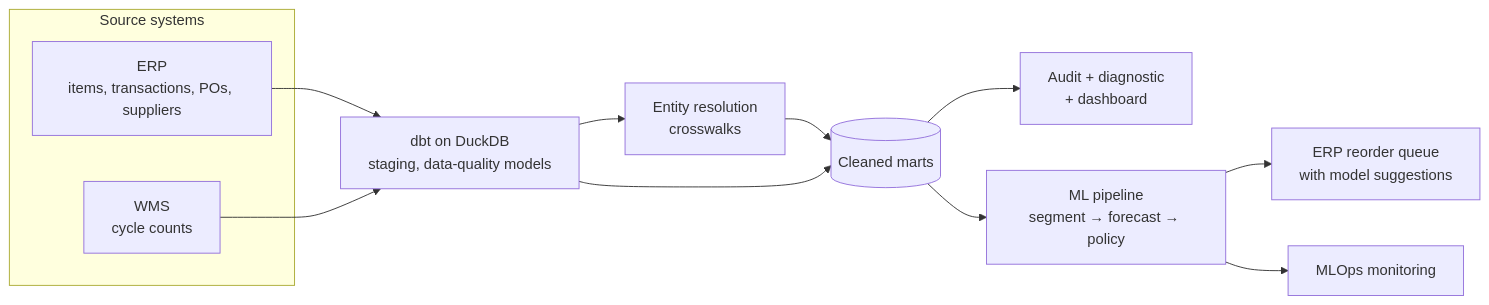
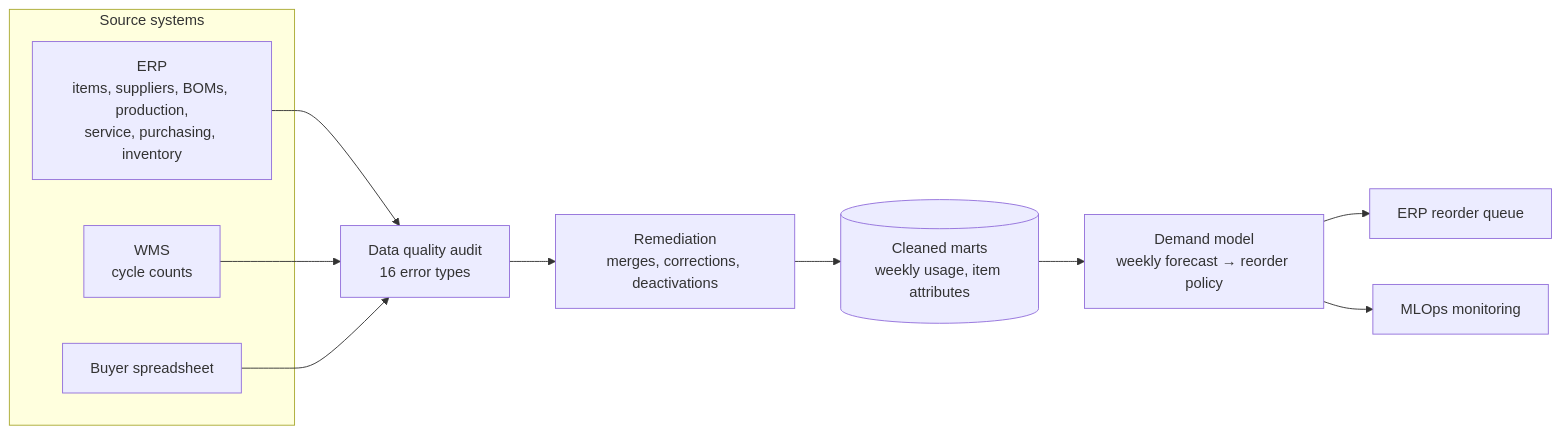
One commit to brimsystems/demand-forecasting-ml changed the diagram in README.md. Above: the diagram before and after it, drawn with Mermaid. The commit also changed other lines of this file and 8 other files, not shown here.

````diff
--- a/README.md
+++ b/README.md
@@ -47,16 +44,16 @@
 ```mermaid
 flowchart LR
   subgraph SRC["Source systems"]
-    ERP["ERP<br/>items, transactions, POs, suppliers"]
+    ERP["ERP<br/>items, suppliers, BOMs, production,<br/>service, purchasing, inventory"]
     WMS["WMS<br/>cycle counts"]
+    SS["Buyer spreadsheet"]
   end
-  ERP --> DBT
-  WMS --> DBT
-  DBT["dbt on DuckDB<br/>staging, data-quality models"] --> RES["Entity resolution<br/>crosswalks"]
-  RES --> MARTS[("Cleaned marts")]
-  DBT --> MARTS
-  MARTS --> AN["Audit + diagnostic<br/>+ dashboard"]
-  MARTS --> ML["ML pipeline<br/>segment &rarr; forecast &rarr; policy"]
-  ML --> QUEUE["ERP reorder queue<br/>with model suggestions"]
+  ERP --> DQ
+  WMS --> DQ
+  SS --> DQ
+  DQ["Data quality audit<br/>16 error types"] --> REM["Remediation<br/>merges, corrections, deactivations"]
+  REM --> MARTS[("Cleaned marts<br/>weekly usage, item attributes")]
+  MARTS --> ML["Demand model<br/>weekly forecast &rarr; reorder policy"]
+  ML --> QUEUE["ERP reorder queue"]
   ML --> MON["MLOps monitoring"]
 ```
````
